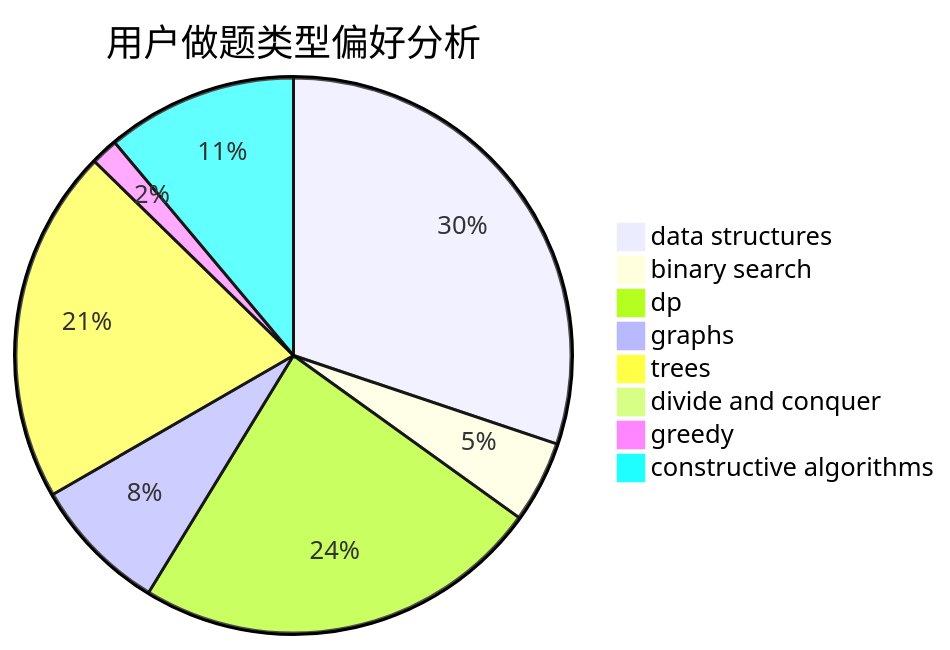
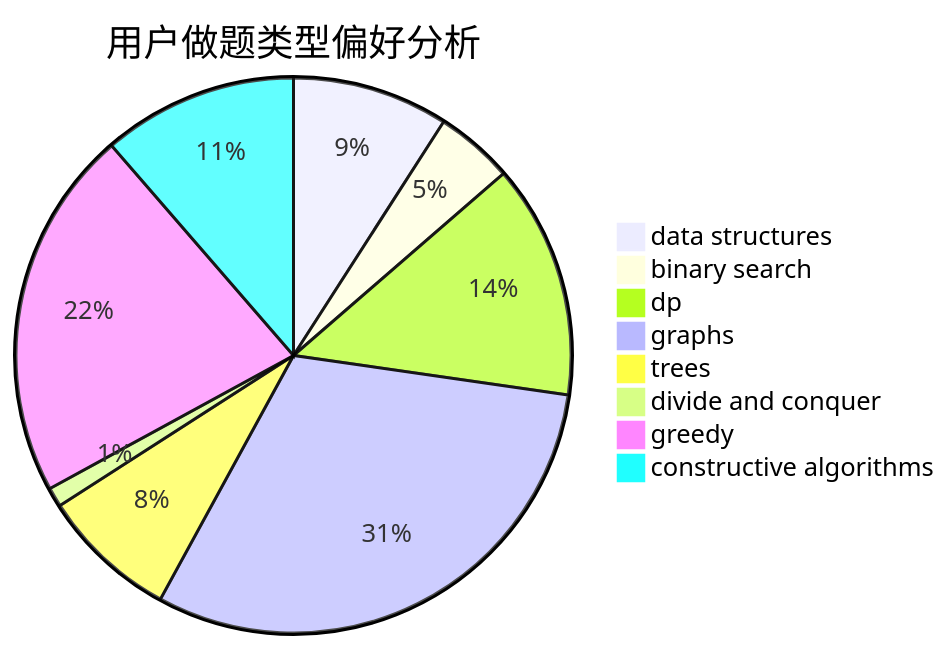
One commit to sherpahu/cfrs.github.io changed the second of 3 diagrams in docs/user/u2614.md. Above: the diagram before and after it, drawn with Mermaid. The commit also changed other lines of this file and 2770 other files, not shown here.

````diff
--- a/docs/user/u2614.md
+++ b/docs/user/u2614.md
@@ -23,11 +23,11 @@
 ```mermaid
 pie title 用户做题类型偏好分析
-    "data structures" :  19
-    "binary search" :  3
-    "dp" :  15
-    "graphs" :  5
-    "trees" :  13
-    "divide and conquer" :  0
-    "greedy" :  1
-    "constructive algorithms" :  7
+    "data structures" :  8
+    "binary search" :  4
+    "dp" :  12
+    "graphs" :  27
+    "trees" :  7
+    "divide and conquer" :  1
+    "greedy" :  19
+    "constructive algorithms" :  10
 ```
````
